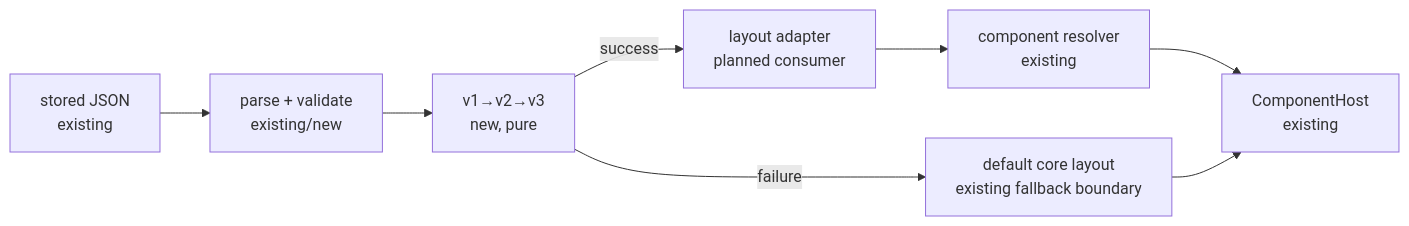
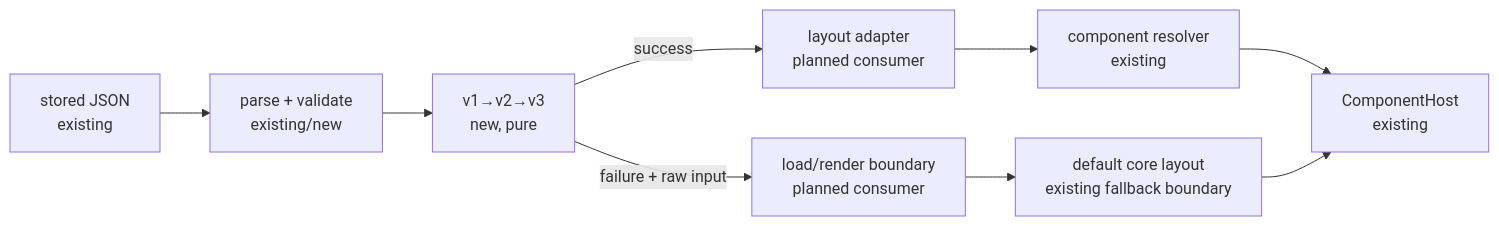
One commit to DarrenStasiakDev4You/cezar-hackathon-ale-patryk-nazywa-go-brutusem changed the diagram in .ai/specs/2026-09-20-layout-schema-migrations-a.md. Above: the diagram before and after it, drawn with Mermaid. The commit also changed other lines of this file, not shown here.

Commit message:
docs(specs): separate migration failure from layout fallback

````diff
--- a/.ai/specs/2026-09-20-layout-schema-migrations-a.md
+++ b/.ai/specs/2026-09-20-layout-schema-migrations-a.md
@@ -105,10 +108,11 @@
 ```mermaid
 flowchart LR
   raw["stored JSON<br/>existing"] --> parse["parse + validate<br/>existing/new"]
   parse --> migrate["v1→v2→v3<br/>new, pure"]
   migrate -->|success| adapter["layout adapter<br/>planned consumer"]
-  migrate -->|failure| fallback["default core layout<br/>existing fallback boundary"]
+  migrate -->|failure + raw input| boundary["load/render boundary<br/>planned consumer"]
+  boundary --> fallback["default core layout<br/>existing fallback boundary"]
   adapter --> resolver["component resolver<br/>existing"]
   resolver --> host["ComponentHost<br/>existing"]
   fallback --> host
 ```
````
